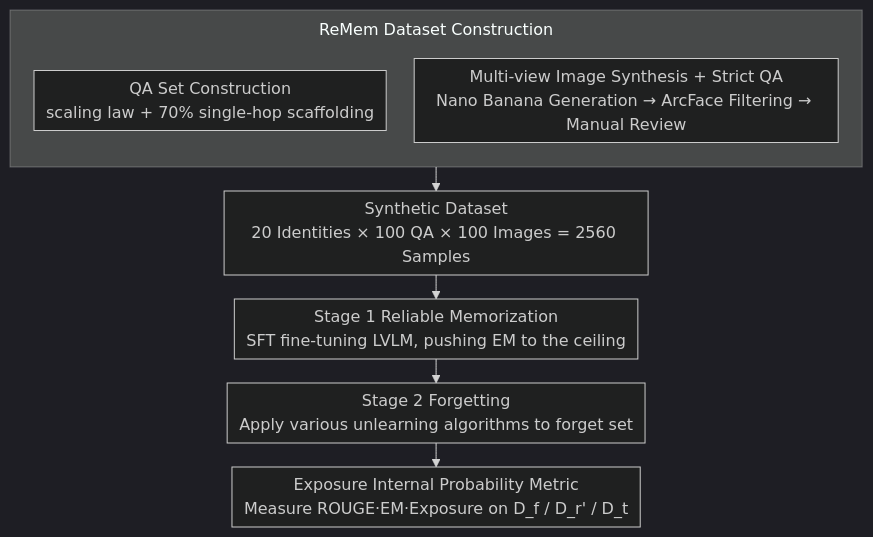
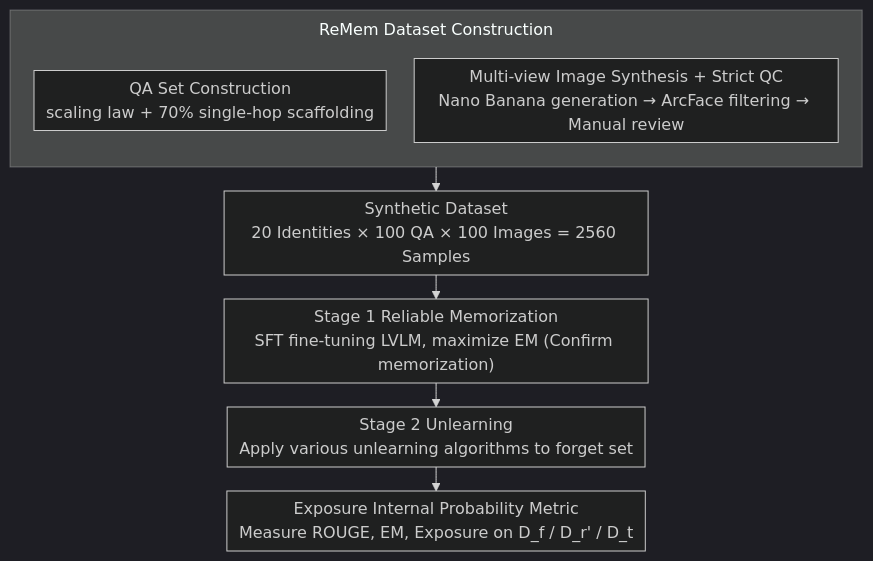
The diagram in docs/ACL2026/llm_safety/before_forgetting_learn_to_remember_revisiting_foundational_learning_failures_in.md (zhaoyang97/Paper-Notes-en), drawn with Mermaid (dark theme) before and after one commit. The commit also changed other lines of this file and 5084 other files, not shown here.

````diff
--- a/docs/ACL2026/llm_safety/before_forgetting_learn_to_remember_revisiting_foundational_learning_failures_in.md
+++ b/docs/ACL2026/llm_safety/before_forgetting_learn_to_remember_revisiting_foundational_learning_failures_in.md
@@ -49,13 +49,13 @@
 ```mermaid
 %%{init: {'flowchart': {'rankSpacing': 24, 'nodeSpacing': 28, 'padding': 6, 'wrappingWidth': 400, 'subGraphTitleMargin': {'top': 8, 'bottom': 16}}}}%%
 flowchart TD
     subgraph BUILD["ReMem Dataset Construction"]
         direction TB
         A["QA Set Construction<br/>scaling law + 70% single-hop scaffolding"]
-        B["Multi-view Image Synthesis + Strict QA<br/>Nano Banana Generation → ArcFace Filtering → Manual Review"]
+        B["Multi-view Image Synthesis + Strict QC<br/>Nano Banana generation → ArcFace filtering → Manual review"]
     end
     BUILD --> C["Synthetic Dataset<br/>20 Identities × 100 QA × 100 Images = 2560 Samples"]
-    C --> D["Stage 1 Reliable Memorization<br/>SFT fine-tuning LVLM, pushing EM to the ceiling"]
-    D --> E["Stage 2 Forgetting<br/>Apply various unlearning algorithms to forget set"]
-    E --> F["Exposure Internal Probability Metric<br/>Measure ROUGE·EM·Exposure on D_f / D_r' / D_t"]
+    C --> D["Stage 1 Reliable Memorization<br/>SFT fine-tuning LVLM, maximize EM (Confirm memorization)"]
+    D --> E["Stage 2 Unlearning<br/>Apply various unlearning algorithms to forget set"]
+    E --> F["Exposure Internal Probability Metric<br/>Measure ROUGE, EM, Exposure on D_f / D_r' / D_t"]
 ```
````
